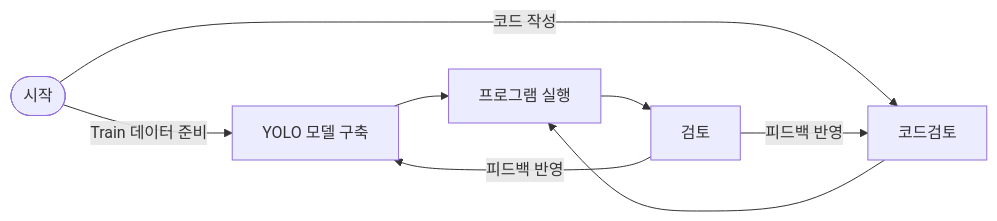
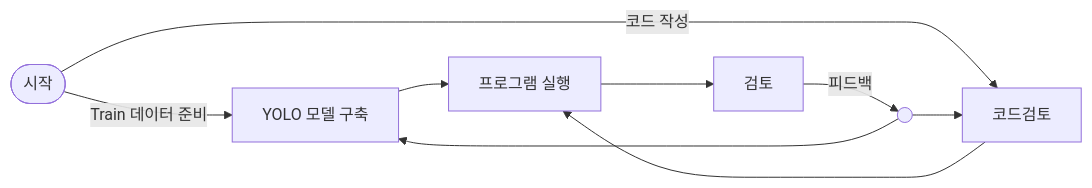
The first of 2 diagrams in README.md (gamdumdum/my-project), drawn with Mermaid before and after one commit.

````diff
--- a/README.md
+++ b/README.md
@@ -2,16 +2,17 @@
 ```mermaid
 flowchart LR
     시작([시작])
     시작 -->|Train 데이터 준비| Yolo[YOLO 모델 구축]
     시작 -->|코드 작성| 코드검토[코드검토]
 
     Yolo --> 실행[프로그램 실행]
     코드검토 --> 실행
 
     실행 --> 검토[검토]
 
-    검토 -->|피드백 반영| Yolo
-    검토 -->|피드백 반영| 코드검토
+    검토 -->|피드백| 피드백1(( )):::invisible
+    피드백1 --> Yolo
+    피드백1 --> 코드검토
 
 
 ```
````
